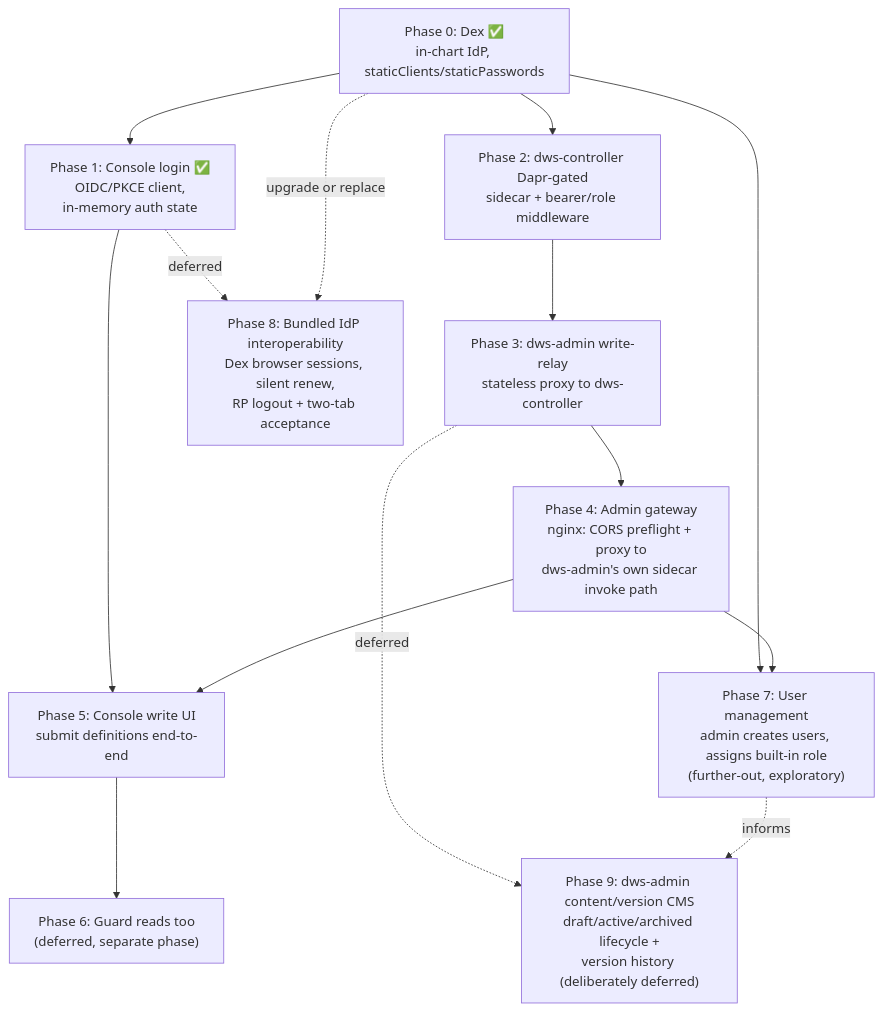
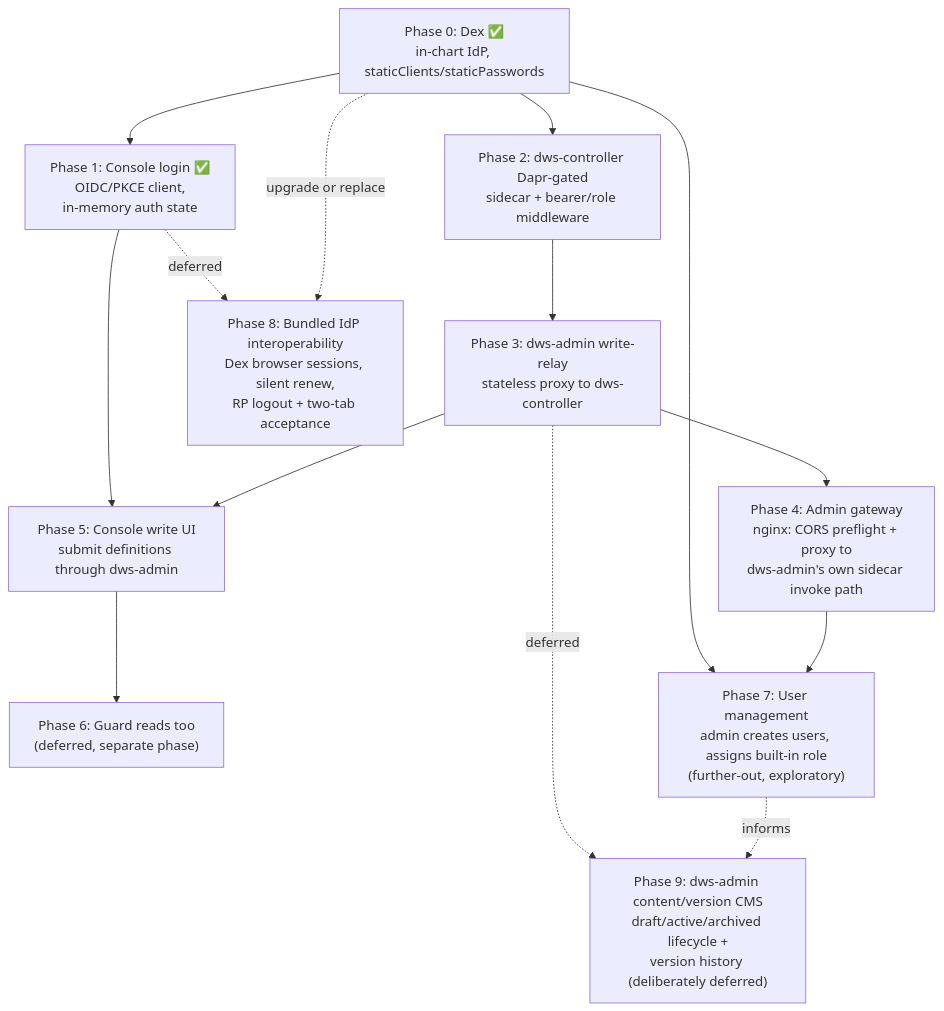
Before and after one commit to tonylibs/dapr-workflow-spec: the diagram in docs/roadmaps/dws-auth.md, drawn with Mermaid. The commit also changed other lines of this file and 8 other files, not shown here.

````diff
--- a/docs/roadmaps/dws-auth.md
+++ b/docs/roadmaps/dws-auth.md
@@ -19,16 +19,16 @@
 ```mermaid
 flowchart TD
   P0["Phase 0: Dex ✅<br/>in-chart IdP, staticClients/staticPasswords"] --> P1["Phase 1: Console login ✅<br/>OIDC/PKCE client,<br/>in-memory auth state"]
   P0 --> P2["Phase 2: dws-controller Dapr-gated<br/>sidecar + bearer/role middleware"]
   P2 --> P3["Phase 3: dws-admin write-relay<br/>stateless proxy to dws-controller"]
   P3 --> P4["Phase 4: Admin gateway<br/>nginx: CORS preflight + proxy to<br/>dws-admin's own sidecar invoke path"]
-  P1 --> P5["Phase 5: Console write UI<br/>submit definitions end-to-end"]
-  P4 --> P5
+  P1 --> P5["Phase 5: Console write UI<br/>submit definitions through dws-admin"]
+  P3 --> P5
   P5 --> P6["Phase 6: Guard reads too<br/>(deferred, separate phase)"]
   P0 --> P7["Phase 7: User management<br/>admin creates users, assigns built-in role<br/>(further-out, exploratory)"]
   P4 --> P7
   P1 -. deferred .-> P8["Phase 8: Bundled IdP interoperability<br/>Dex browser sessions, silent renew,<br/>RP logout + two-tab acceptance"]
   P0 -. upgrade or replace .-> P8
   P3 -. deferred .-> P9["Phase 9: dws-admin content/version CMS<br/>draft/active/archived lifecycle +<br/>version history (deliberately deferred)"]
   P7 -.informs.-> P9
 ```
````
